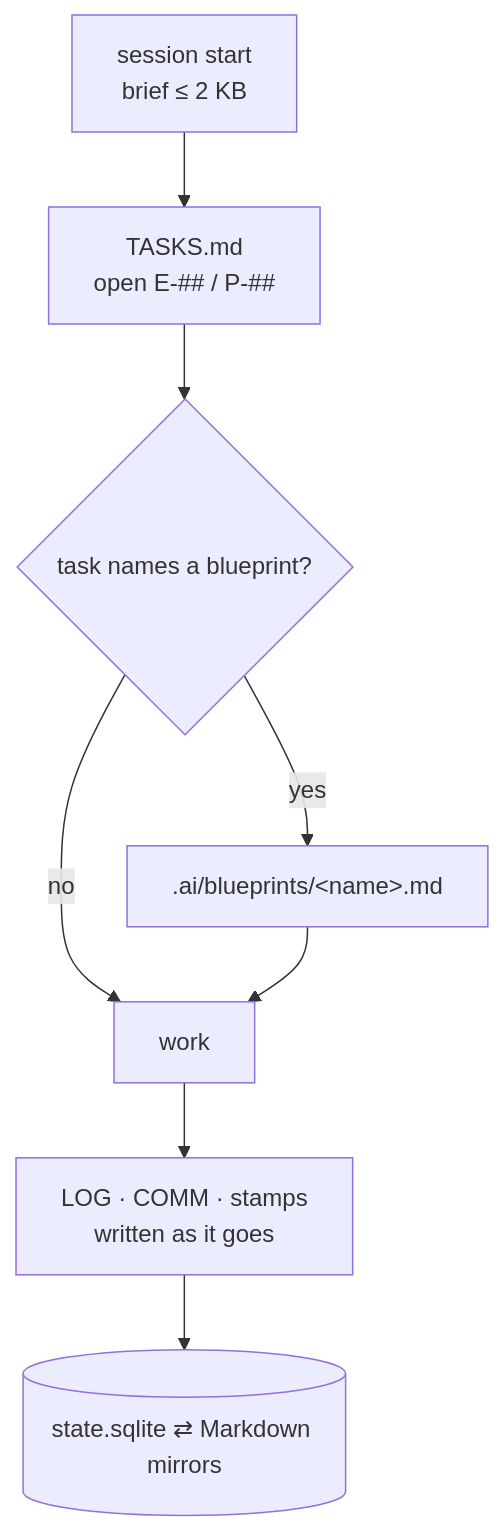
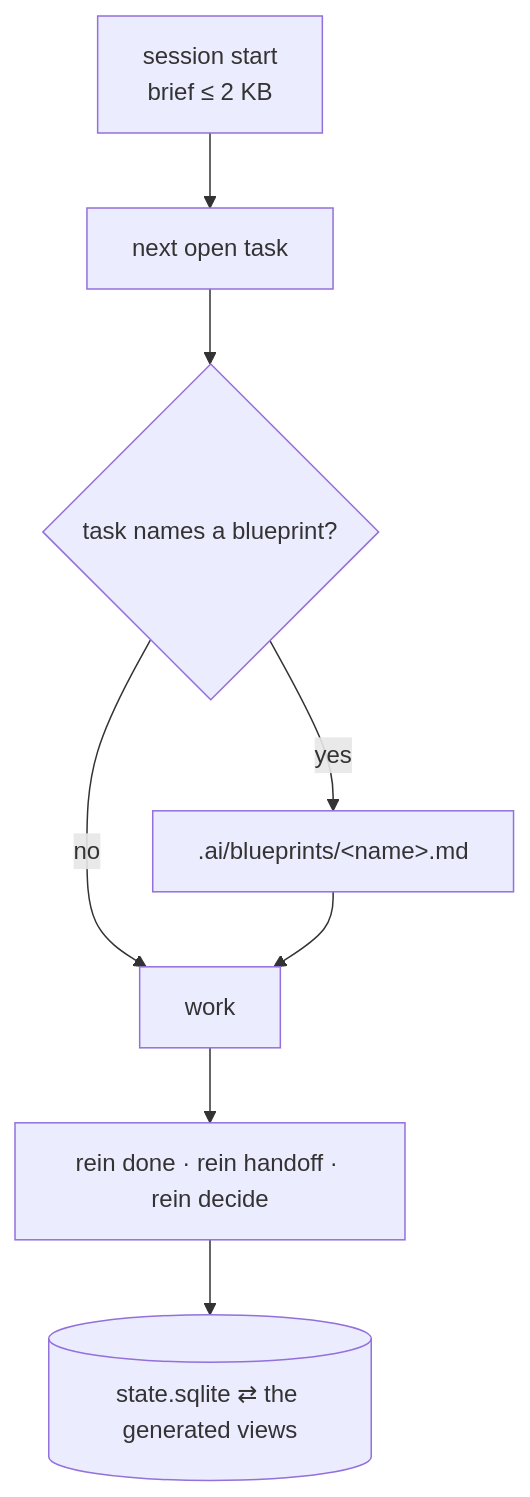
One commit to Vimurai/rein changed the second of 2 diagrams in docs/how-it-works.md. Above: the diagram before and after it, drawn with Mermaid. The commit also changed other lines of this file and 19 other files, not shown here.

````diff
--- a/docs/how-it-works.md
+++ b/docs/how-it-works.md
@@ -76,10 +99,10 @@
 ```mermaid
 flowchart TD
-    S["session start<br/>brief ≤ 2 KB"] --> T["TASKS.md<br/>open E-## / P-##"]
+    S["session start<br/>brief ≤ 2 KB"] --> T["next open task"]
     T --> B{"task names a blueprint?"}
     B -->|yes| BP[".ai/blueprints/&lt;name&gt;.md"]
     B -->|no| W["work"]
     BP --> W
-    W --> L["LOG · COMM · stamps<br/>written as it goes"]
-    L --> M[("state.sqlite ⇄ Markdown mirrors")]
+    W --> D["rein done · rein handoff · rein decide"]
+    D --> M[("state.sqlite ⇄ the generated views")]
 ```
````
